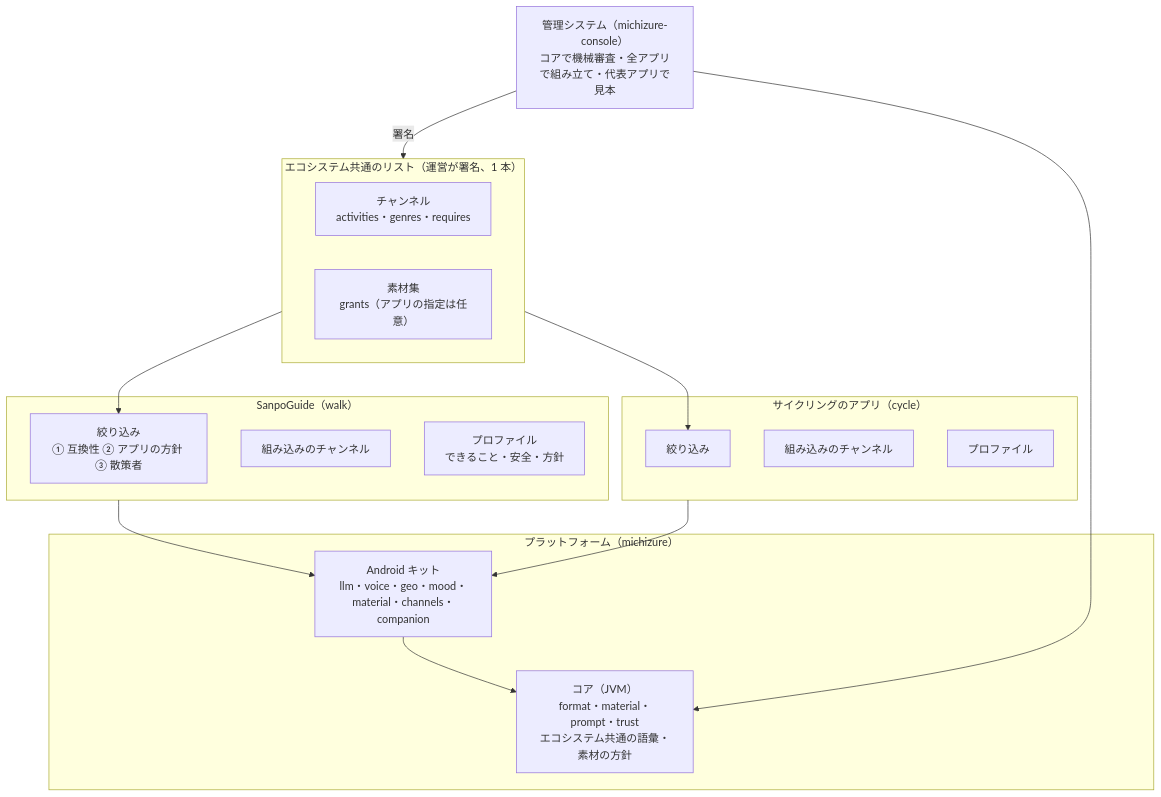
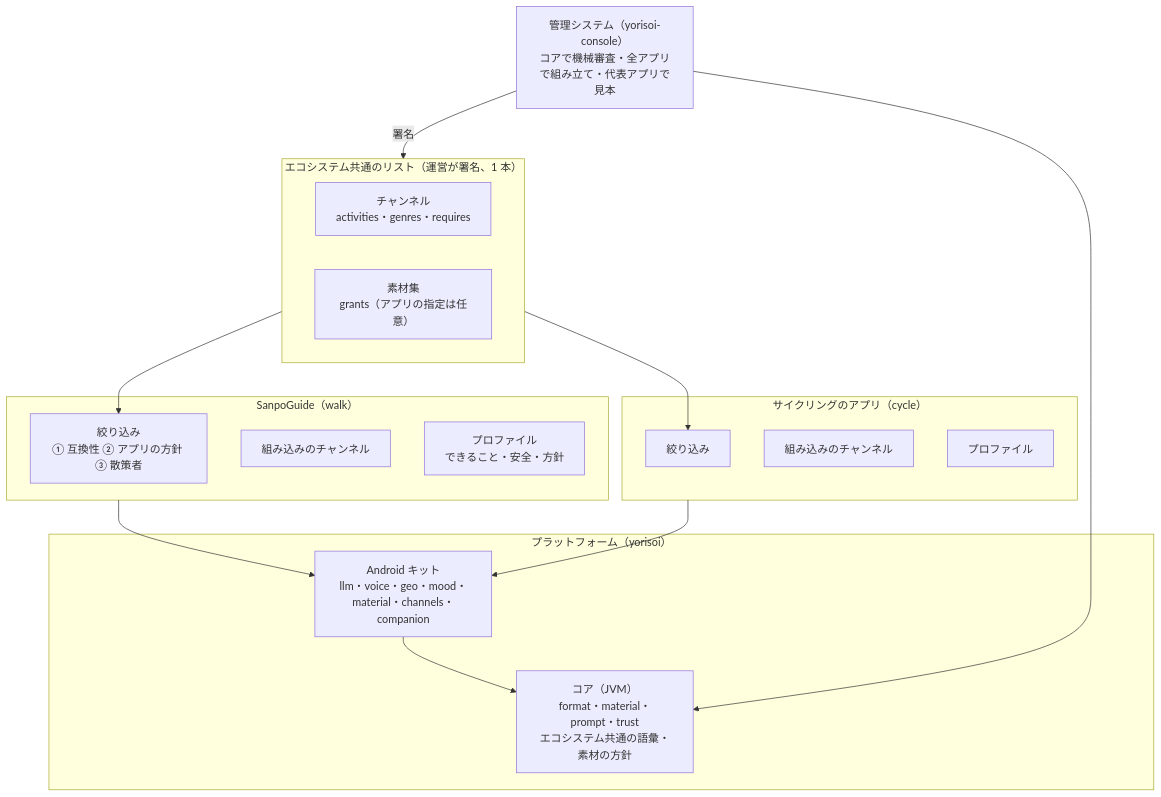
One commit to duwenji/yorisoi-sanpoguide changed the diagram in docs/adr/ADR-003-companion-app-platform.md. Above: the diagram before and after it, drawn with Mermaid. The commit also changed other lines of this file and 211 other files, not shown here.

First line of the commit message:
chore: エコシステムの名前を michizure から yorisoi に改める

````diff
--- a/docs/adr/ADR-003-companion-app-platform.md
+++ b/docs/adr/ADR-003-companion-app-platform.md
@@ -121,25 +121,25 @@
 ```mermaid
 flowchart TB
     subgraph POOL["エコシステム共通のリスト（運営が署名、1 本）"]
         CH["チャンネル<br/>activities・genres・requires"]
         COL["素材集<br/>grants（アプリの指定は任意）"]
     end
     subgraph A1["SanpoGuide（walk）"]
         F1["絞り込み<br/>① 互換性 ② アプリの方針 ③ 散策者"]
         B1["組み込みのチャンネル"]
         P1["プロファイル<br/>できること・安全・方針"]
     end
     subgraph A2["サイクリングのアプリ（cycle）"]
         F2["絞り込み"]
         B2["組み込みのチャンネル"]
         P2["プロファイル"]
     end
     POOL --> F1 & F2
-    subgraph PF["プラットフォーム（michizure）"]
+    subgraph PF["プラットフォーム（yorisoi）"]
         K["Android キット<br/>llm・voice・geo・mood・material・channels・companion"]
         C["コア（JVM）<br/>format・material・prompt・trust<br/>エコシステム共通の語彙・素材の方針"]
     end
     A1 & A2 --> K --> C
-    OPS["管理システム（michizure-console）<br/>コアで機械審査・全アプリで組み立て・代表アプリで見本"] -- "署名" --> POOL
+    OPS["管理システム（yorisoi-console）<br/>コアで機械審査・全アプリで組み立て・代表アプリで見本"] -- "署名" --> POOL
     OPS --> C
 ```
````
